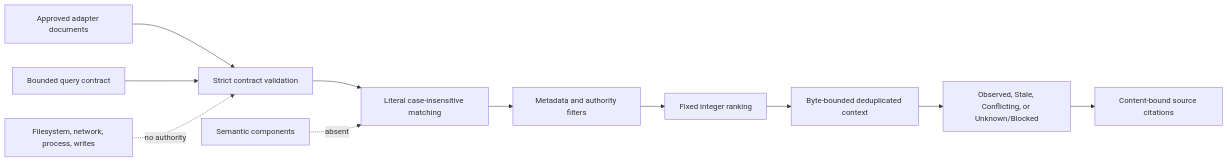
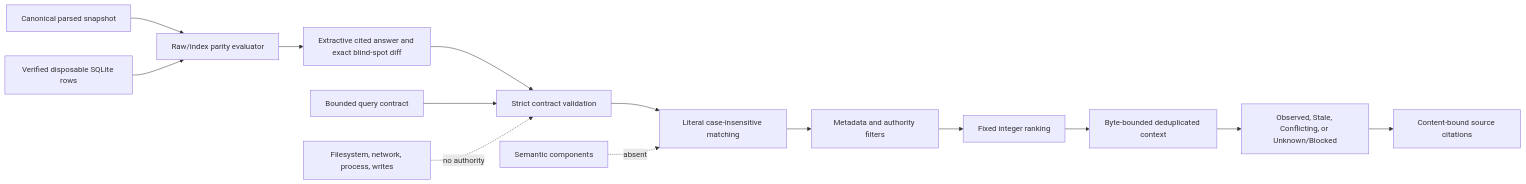
Before and after one commit to AaronNHorvitz/AgentMage: the diagram in docs/architecture/deterministic-knowledge-retrieval.md, drawn with Mermaid. The commit also changed other lines of this file and 6 other files, not shown here.

Commit message:
docs(knowledge): close raw index retrieval parity

````diff
--- a/docs/architecture/deterministic-knowledge-retrieval.md
+++ b/docs/architecture/deterministic-knowledge-retrieval.md
@@ -12,13 +12,16 @@
 ```mermaid
 flowchart LR
     A["Approved adapter documents"] --> V["Strict contract validation"]
     Q["Bounded query contract"] --> V
     V --> L["Literal case-insensitive matching"]
     L --> F["Metadata and authority filters"]
     F --> R["Fixed integer ranking"]
     R --> C["Byte-bounded deduplicated context"]
     C --> E["Observed, Stale, Conflicting, or Unknown/Blocked"]
     E --> P["Content-bound source citations"]
+    S["Canonical parsed snapshot"] --> X["Raw/index parity evaluator"]
+    I["Verified disposable SQLite rows"] --> X
+    X --> A["Extractive cited answer and exact blind-spot diff"]
     M["Semantic components"] -. "absent" .-> L
     W["Filesystem, network, process, writes"] -. "no authority" .-> V
 ```
````
